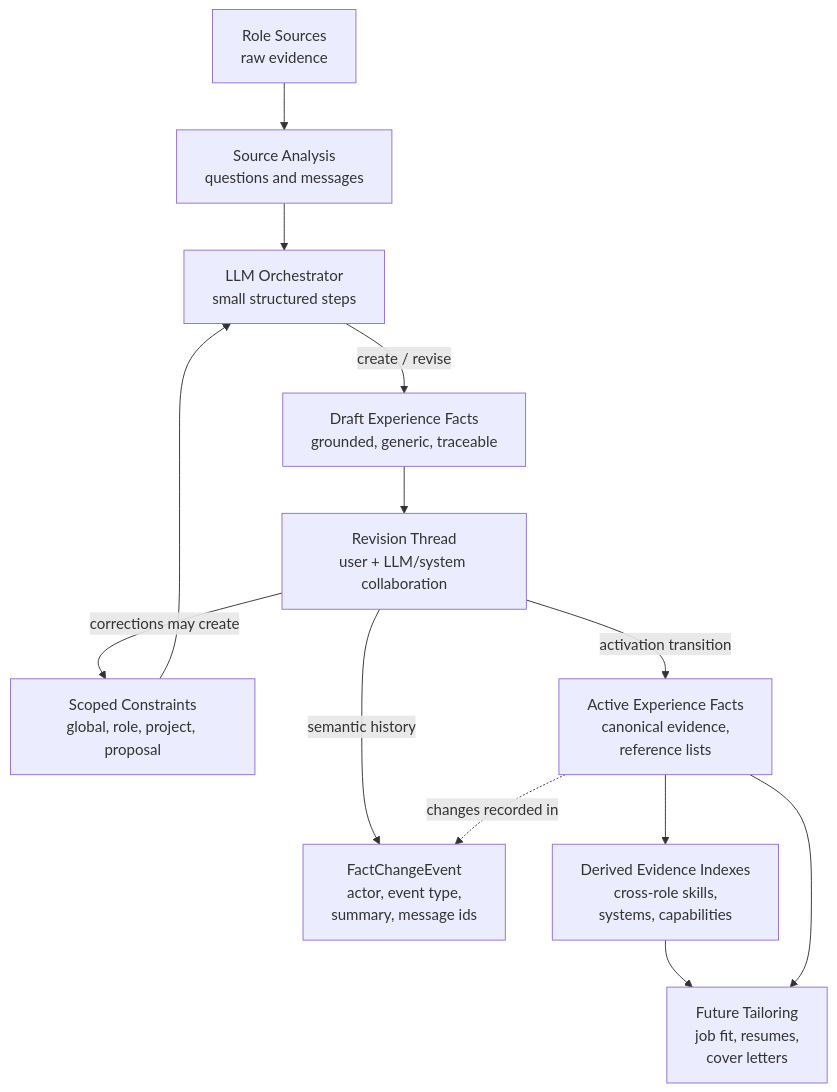
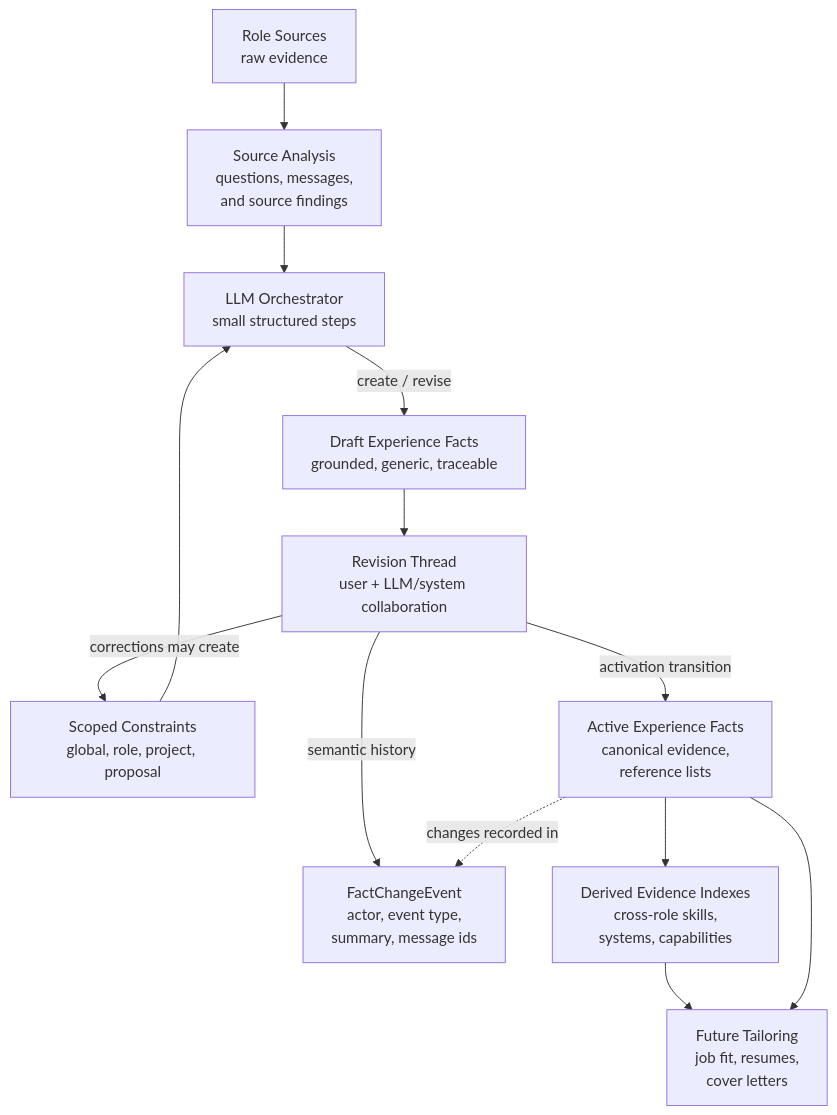
Before and after one commit to rsauers0/career-agent: the sixth of 8 diagrams in docs/diagrams.md, drawn with Mermaid. The commit also changed other lines of this file and 17 other files, not shown here.

First line of the commit message:
Add source findings to source analysis

````diff
--- a/docs/diagrams.md
+++ b/docs/diagrams.md
@@ -129,26 +139,26 @@
 ```mermaid
 flowchart TD
     RawSources["Role Sources<br/>raw evidence"]
-    Analysis["Source Analysis<br/>questions and messages"]
+    Analysis["Source Analysis<br/>questions, messages,<br/>and source findings"]
     Orchestrator["LLM Orchestrator<br/>small structured steps"]
     Constraints["Scoped Constraints<br/>global, role, project, proposal"]
     DraftFacts["Draft Experience Facts<br/>grounded, generic, traceable"]
     Revision["Revision Thread<br/>user + LLM/system collaboration"]
     Events["FactChangeEvent<br/>actor, event type,<br/>summary, message ids"]
     ActiveFacts["Active Experience Facts<br/>canonical evidence,<br/>reference lists"]
     Derived["Derived Evidence Indexes<br/>cross-role skills,<br/>systems, capabilities"]
     Tailoring["Future Tailoring<br/>job fit, resumes,<br/>cover letters"]
 
     RawSources --> Analysis
     Analysis --> Orchestrator
     Constraints --> Orchestrator
     Orchestrator -->|"create / revise"| DraftFacts
     DraftFacts --> Revision
     Revision -->|"corrections may create"| Constraints
     Revision -->|"semantic history"| Events
     Revision -->|"activation transition"| ActiveFacts
     ActiveFacts -. "changes recorded in" .-> Events
     ActiveFacts --> Derived
     Derived --> Tailoring
     ActiveFacts --> Tailoring
 ```
````
